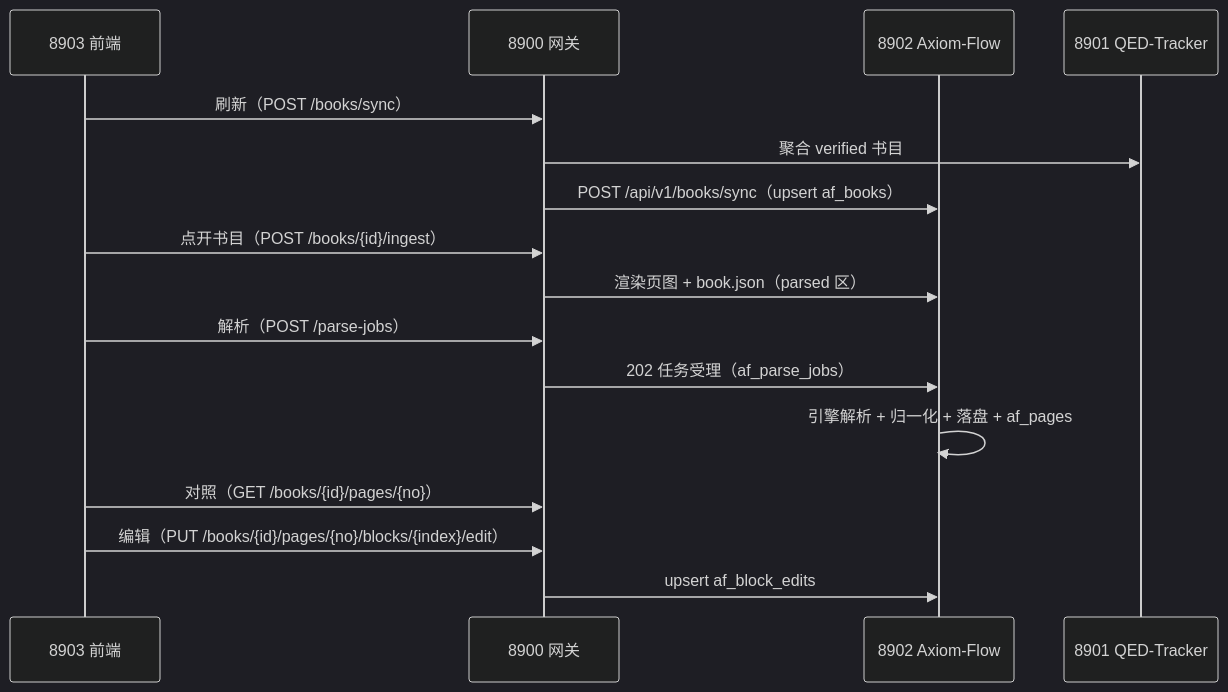
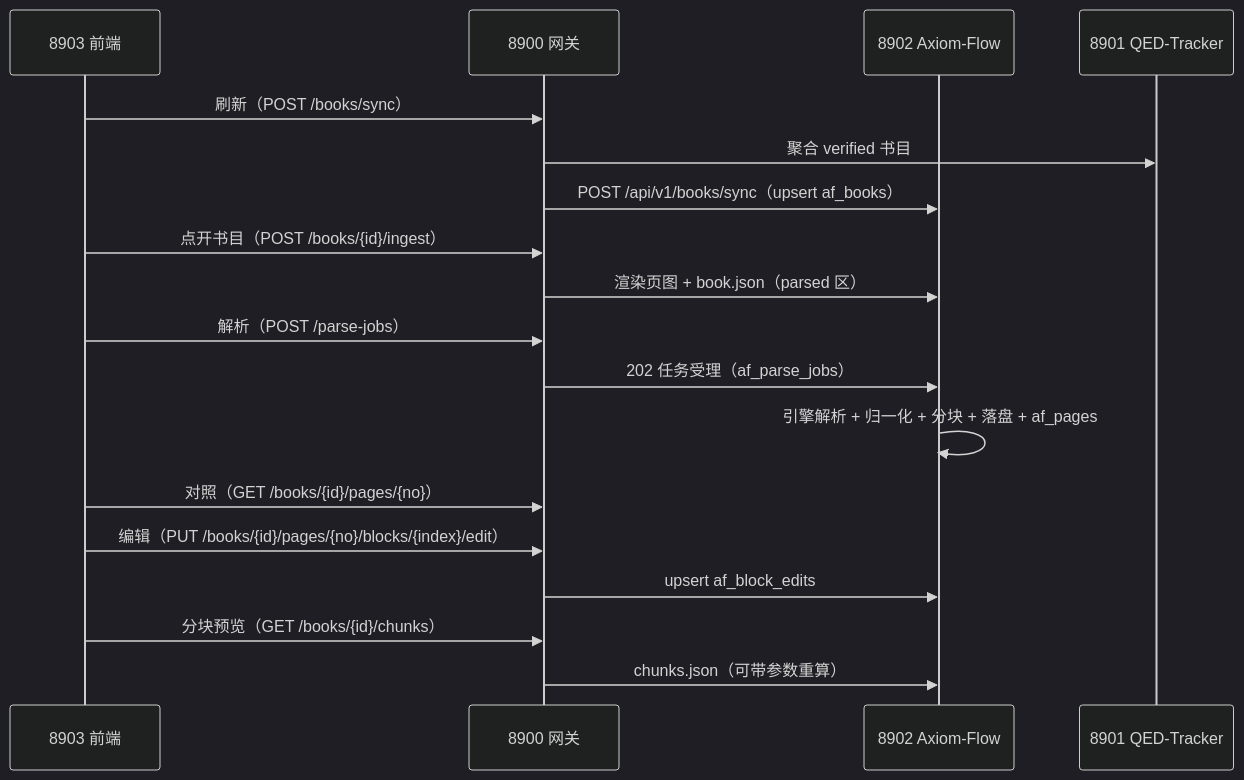
One commit to swfswf1234/Axiom-Flow changed the diagram in docs/design/parsing-management.md. Above: the diagram before and after it, drawn with Mermaid (dark theme). The commit also changed other lines of this file and 15 other files, not shown here.

````diff
--- a/docs/design/parsing-management.md
+++ b/docs/design/parsing-management.md
@@ -35,18 +39,20 @@
 ```mermaid
 sequenceDiagram
     participant FE as 8903 前端
     participant GW as 8900 网关
     participant AX as 8902 Axiom-Flow
     participant TR as 8901 QED-Tracker
     FE->>GW: 刷新（POST /books/sync）
     GW->>TR: 聚合 verified 书目
     GW->>AX: POST /api/v1/books/sync（upsert af_books）
     FE->>GW: 点开书目（POST /books/{id}/ingest）
     GW->>AX: 渲染页图 + book.json（parsed 区）
     FE->>GW: 解析（POST /parse-jobs）
     GW->>AX: 202 任务受理（af_parse_jobs）
-    AX->>AX: 引擎解析 + 归一化 + 落盘 + af_pages
+    AX->>AX: 引擎解析 + 归一化 + 分块 + 落盘 + af_pages
     FE->>GW: 对照（GET /books/{id}/pages/{no}）
     FE->>GW: 编辑（PUT /books/{id}/pages/{no}/blocks/{index}/edit）
     GW->>AX: upsert af_block_edits
+    FE->>GW: 分块预览（GET /books/{id}/chunks）
+    GW->>AX: chunks.json（可带参数重算）
 ```
````
